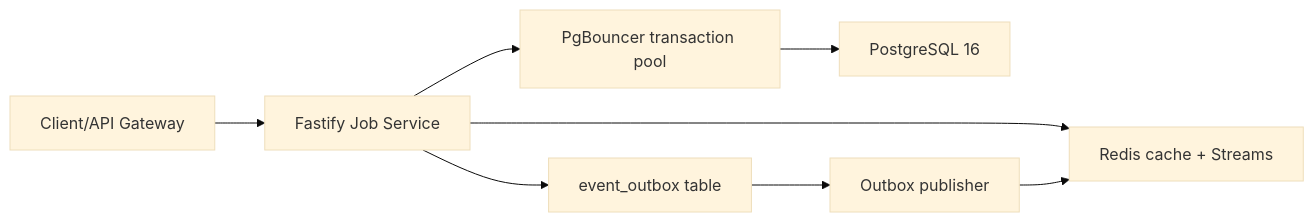
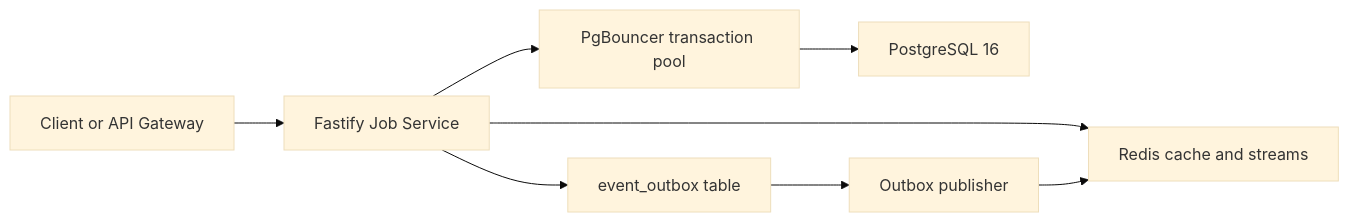
The diagram in workspaces/job-service/docs/results-template.md (zgid123/master-project-advanced-database), drawn with Mermaid (base theme) before and after one commit. The commit also changed other lines of this file and 11 other files, not shown here.

````diff
--- a/workspaces/job-service/docs/results-template.md
+++ b/workspaces/job-service/docs/results-template.md
@@ -5,10 +9,10 @@
 ```mermaid
 flowchart LR
-  Client["Client/API Gateway"] --> JobService["Fastify Job Service"]
+  Client["Client or API Gateway"] --> JobService["Fastify Job Service"]
   JobService --> PgBouncer["PgBouncer transaction pool"]
   PgBouncer --> Postgres["PostgreSQL 16"]
-  JobService --> Redis["Redis cache + Streams"]
+  JobService --> Redis["Redis cache and streams"]
   JobService --> Outbox["event_outbox table"]
   Outbox --> Publisher["Outbox publisher"]
   Publisher --> Redis
 ```
````
